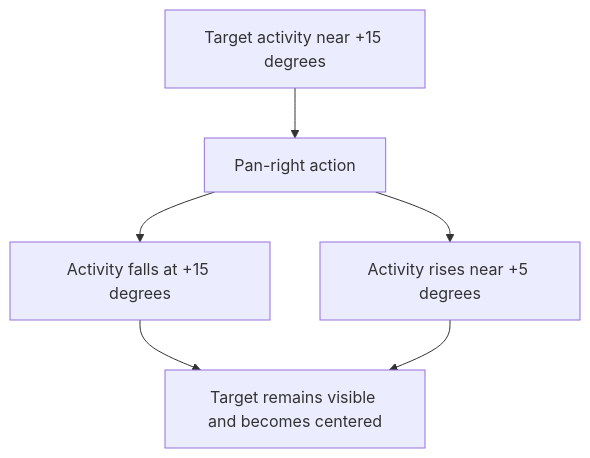
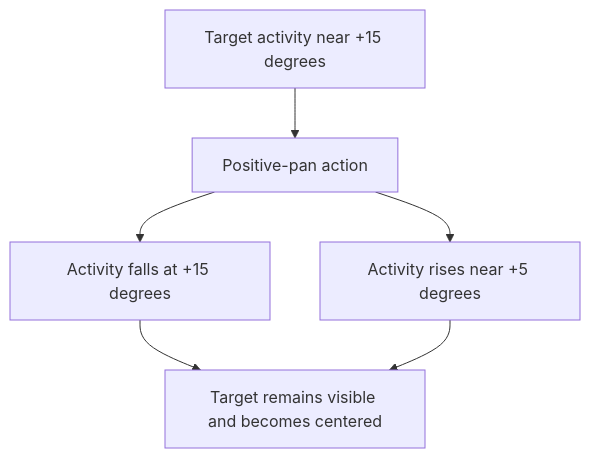
Before and after one commit to spencerbug/spencerbug.github.io: the second of 3 diagrams in _posts/2026-09-19-recurrent-predictive-routing.md, drawn with Mermaid. The commit also changed other lines of this file, not shown here.

````diff
--- a/_posts/2026-09-19-recurrent-predictive-routing.md
+++ b/_posts/2026-09-19-recurrent-predictive-routing.md
@@ -342,8 +342,8 @@
 ```mermaid
 flowchart TD
-    A["Target activity near +15 degrees"] --> B["Pan-right action"]
+    A["Target activity near +15 degrees"] --> B["Positive-pan action"]
     B --> C["Activity falls at +15 degrees"]
     B --> D["Activity rises near +5 degrees"]
     C --> E["Target remains visible and becomes centered"]
     D --> E
 ```
````
